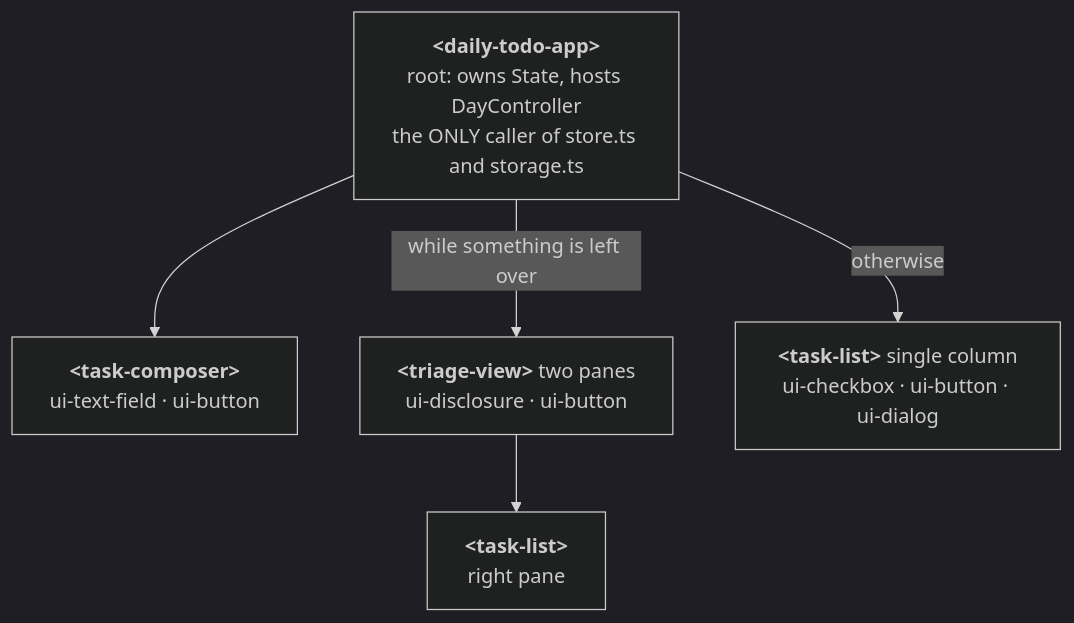
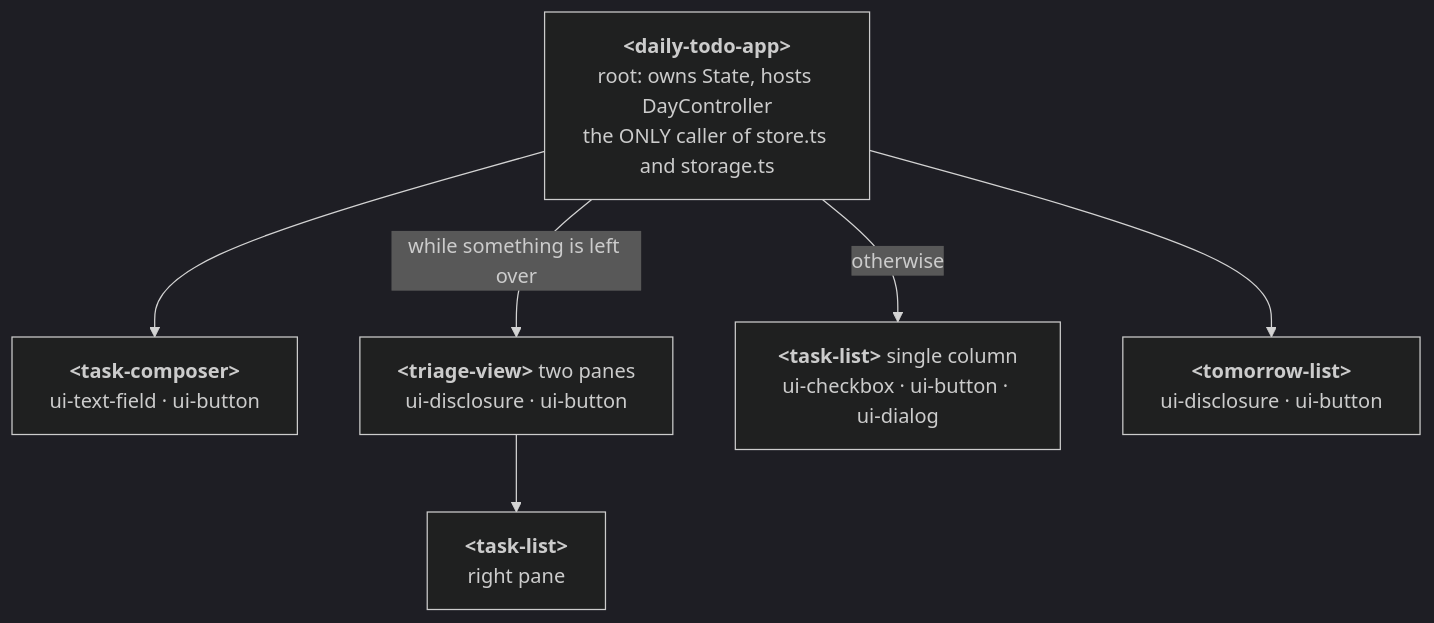
The third of 4 diagrams in README.md (maxaakre/todo-webcomponents), drawn with Mermaid (dark theme) before and after one commit. The commit also changed other lines of this file and 8 other files, not shown here.

````diff
--- a/README.md
+++ b/README.md
@@ -152,13 +154,15 @@
 ```mermaid
 flowchart TD
   app["<b>&lt;daily-todo-app&gt;</b><br/>root: owns State, hosts DayController<br/>the ONLY caller of store.ts and storage.ts"]
   composer["<b>&lt;task-composer&gt;</b><br/>ui-text-field · ui-button"]
   triage["<b>&lt;triage-view&gt;</b> two panes<br/>ui-disclosure · ui-button"]
   listT["<b>&lt;task-list&gt;</b><br/>right pane"]
   list["<b>&lt;task-list&gt;</b> single column<br/>ui-checkbox · ui-button · ui-dialog"]
+  later["<b>&lt;tomorrow-list&gt;</b><br/>ui-disclosure · ui-button"]
 
   app --> composer
   app -- "while something is left over" --> triage
   app -- "otherwise" --> list
+  app --> later
   triage --> listT
 ```
````
